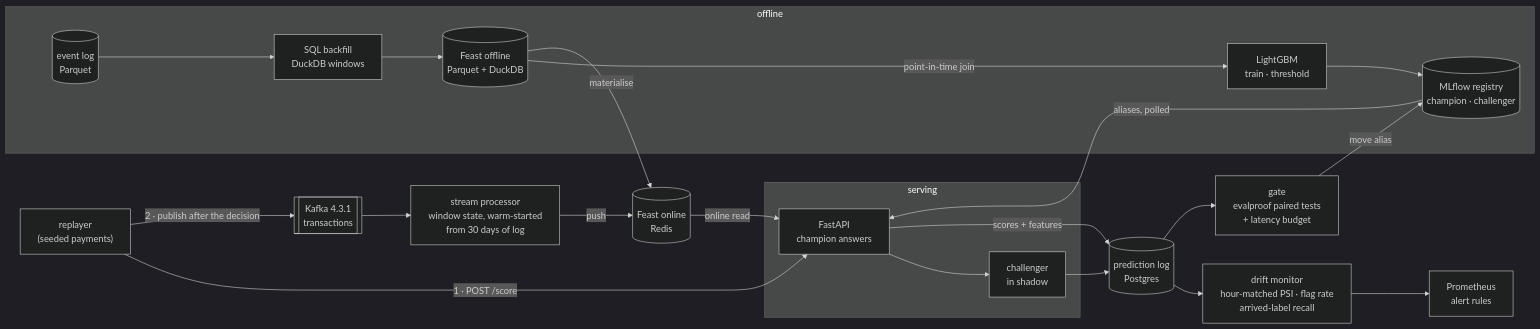
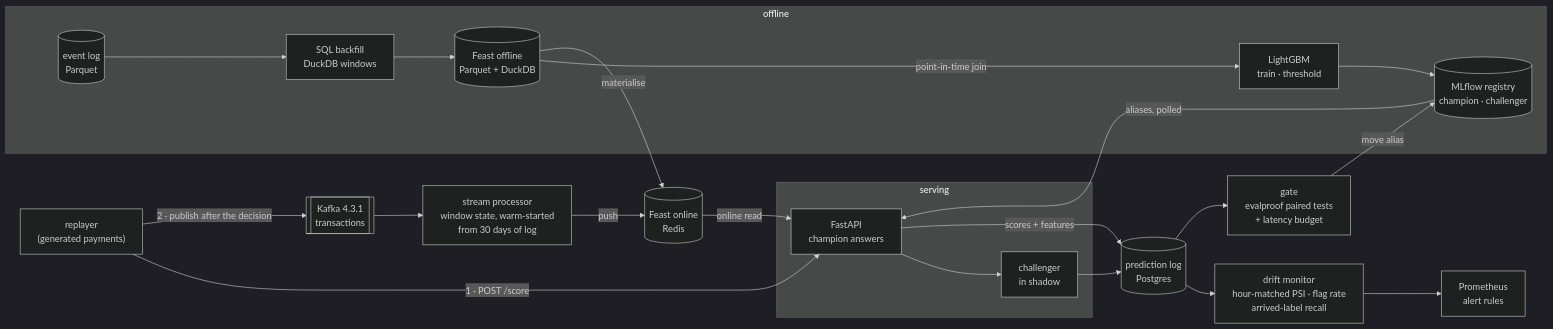
The diagram in README.md (technobasant/realtime-ml), drawn with Mermaid (dark theme) before and after one commit. The commit also changed other lines of this file and 3 other files, not shown here.

First line of the commit message:
Wording: online homewares retailer, generated payments

````diff
--- a/README.md
+++ b/README.md
@@ -41,31 +42,31 @@
 ```mermaid
 flowchart LR
-  gen["replayer<br/>(seeded payments)"] -->|"1 · POST /score"| api
+  gen["replayer<br/>(generated payments)"] -->|"1 · POST /score"| api
   gen -->|"2 · publish after the decision"| kafka[["Kafka 4.3.1<br/>transactions"]]
 
   subgraph serve["serving"]
     api["FastAPI<br/>champion answers"]
     shadow["challenger<br/>in shadow"]
     api --> shadow
   end
 
   kafka --> proc["stream processor<br/>window state, warm-started<br/>from 30 days of log"]
   proc -->|push| redis[("Feast online<br/>Redis")]
   redis -->|online read| api
   api -->|scores + features| log[("prediction log<br/>Postgres")]
   shadow --> log
 
   subgraph offline["offline"]
     events[("event log<br/>Parquet")] --> sql["SQL backfill<br/>DuckDB windows"]
     sql --> feast[("Feast offline<br/>Parquet + DuckDB")]
     feast -->|point-in-time join| train["LightGBM<br/>train · threshold"]
     train --> mlflow[("MLflow registry<br/>champion · challenger")]
   end
   feast -->|materialise| redis
   mlflow -->|aliases, polled| api
 
   log --> mon["drift monitor<br/>hour-matched PSI · flag rate<br/>arrived-label recall"]
   mon --> prom["Prometheus<br/>alert rules"]
   log --> gate["gate<br/>evalproof paired tests<br/>+ latency budget"]
   gate -->|move alias| mlflow
 ```
````
